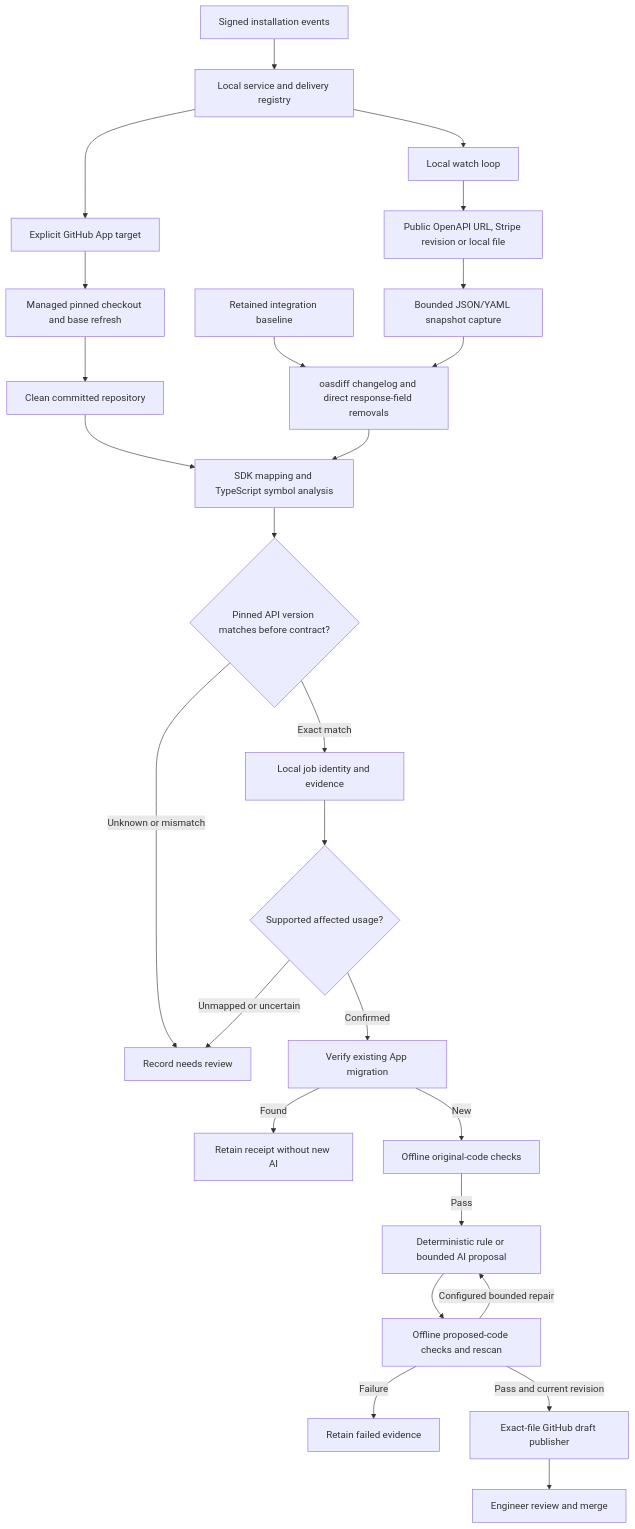
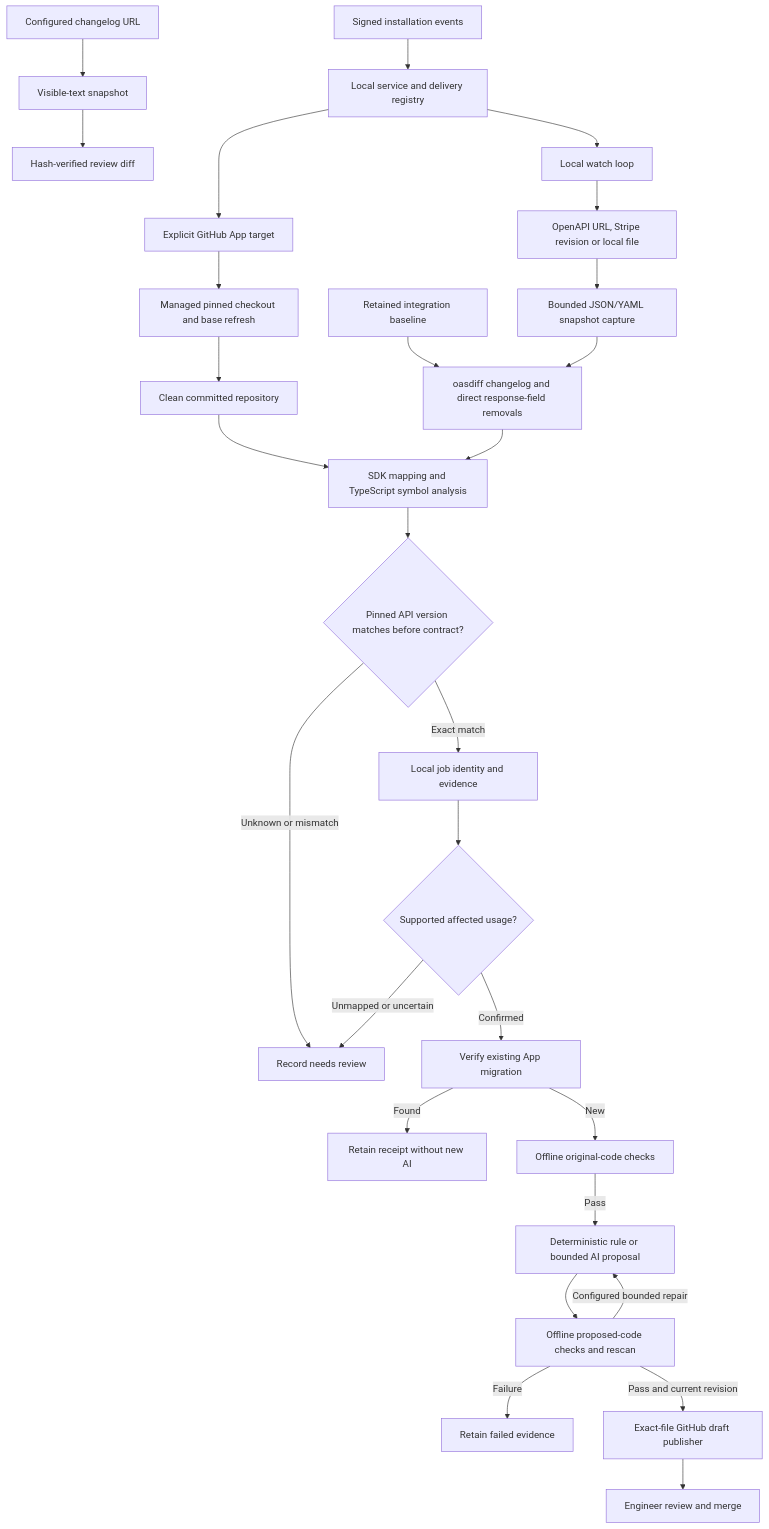
The first of 2 diagrams in docs/ARCHITECTURE.md (pierceluu10/Refit), drawn with Mermaid before and after one commit. The commit also changed other lines of this file and 7 other files, not shown here.

````diff
--- a/docs/ARCHITECTURE.md
+++ b/docs/ARCHITECTURE.md
@@ -7,28 +7,30 @@
 ```mermaid
 flowchart TD
-  SOURCE[Public OpenAPI URL, Stripe revision or local file] --> SNAP[Bounded JSON/YAML snapshot capture]
+  SOURCE[OpenAPI URL, Stripe revision or local file] --> SNAP[Bounded JSON/YAML snapshot capture]
+  DOCS[Configured changelog URL] --> TEXT[Visible-text snapshot]
+  TEXT --> DOCDIFF[Hash-verified review diff]
   BASE[Retained integration baseline] --> DIFF[oasdiff changelog and direct response-field removals]
   SNAP --> DIFF
   APP[Explicit GitHub App target] --> CLONE[Managed pinned checkout and base refresh]
   CLONE --> REPO[Clean committed repository]
   REPO --> SCAN[SDK mapping and TypeScript symbol analysis]
   DIFF --> SCAN
   SCAN --> VERSION{Pinned API version matches before contract?}
   VERSION -->|Unknown or mismatch| REVIEW[Record needs review]
   VERSION -->|Exact match| STATE[Local job identity and evidence]
   STATE --> GATE{Supported affected usage?}
   GATE -->|Unmapped or uncertain| REVIEW[Record needs review]
   GATE -->|Confirmed| EXISTING[Verify existing App migration]
   EXISTING -->|Found| REUSE[Retain receipt without new AI]
   EXISTING -->|New| BASECHECK[Offline original-code checks]
   BASECHECK -->|Pass| PATCH[Deterministic rule or bounded AI proposal]
   PATCH --> CHECK[Offline proposed-code checks and rescan]
   CHECK -->|Configured bounded repair| PATCH
   CHECK -->|Failure| FAILED[Retain failed evidence]
   CHECK -->|Pass and current revision| PR[Exact-file GitHub draft publisher]
   PR --> HUMAN[Engineer review and merge]
   POLL[Local watch loop] --> SOURCE
   WEBHOOK[Signed installation events] --> SERVICE[Local service and delivery registry]
   SERVICE --> POLL
   SERVICE --> APP
 ```
````
